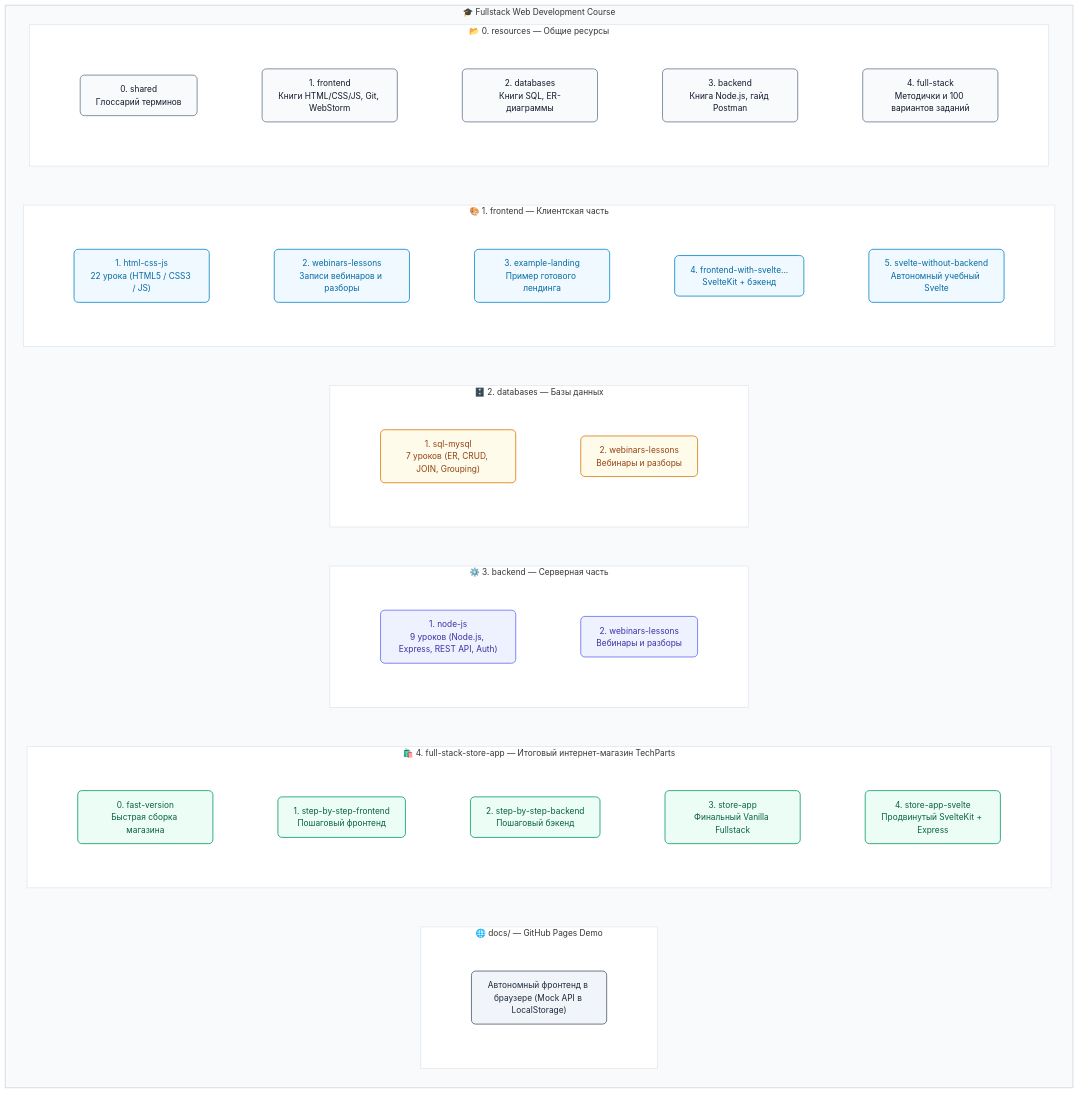
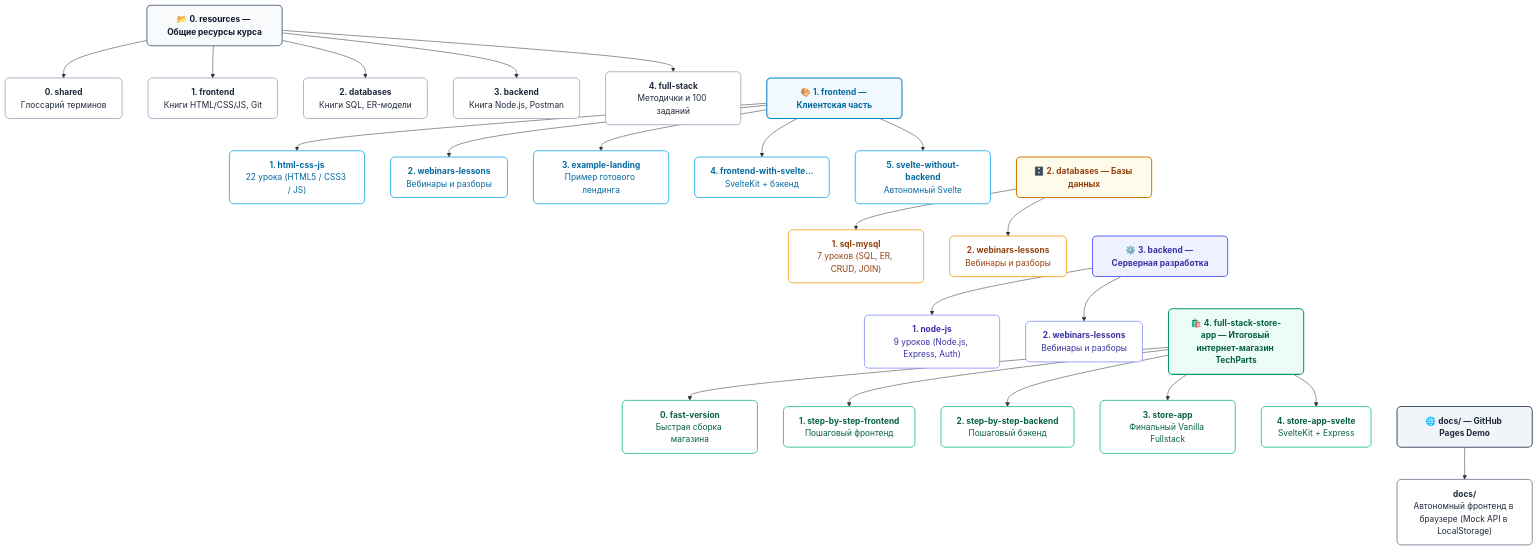
The first of 2 diagrams in README.ru.md (mrsky1001/fullstack-web-development-course), drawn with Mermaid before and after one commit. The commit also changed 1 other file, not shown here.

Commit message:
refactor: simplify Mermaid flowchart structure in README files for improved readability

````diff
--- a/README.ru.md
+++ b/README.ru.md
@@ -137,130 +137,112 @@
 ```mermaid
 flowchart TD
-    subgraph ROOT["🎓 Fullstack Web Development Course"]
-        direction TB
+    %% 0. resources
+    H0["📂 <b>0. resources — Общие ресурсы курса</b>"]
+    R0["<span style='display:inline-block;text-decoration:none;'><b>0. shared</b><br/>Глоссарий терминов</span>"]
+    R1["<span style='display:inline-block;text-decoration:none;'><b>1. frontend</b><br/>Книги HTML/CSS/JS, Git</span>"]
+    R2["<span style='display:inline-block;text-decoration:none;'><b>2. databases</b><br/>Книги SQL, ER-модели</span>"]
+    R3["<span style='display:inline-block;text-decoration:none;'><b>3. backend</b><br/>Книга Node.js, Postman</span>"]
+    R4["<span style='display:inline-block;text-decoration:none;'><b>4. full-stack</b><br/>Методички и 100 заданий</span>"]
+    H0 --> R0 & R1 & R2
+    H0 --> R3 & R4
 
-        subgraph RES["📂 0. resources — Общие ресурсы"]
-            direction TB
-            subgraph RES_ROW[" "]
-                direction LR
-                R0["<span style='display:inline-block; text-decoration:none;'>0. shared<br/>Глоссарий терминов</span>"]
-                R1["<span style='display:inline-block; text-decoration:none;'>1. frontend<br/>Книги HTML/CSS/JS, Git, WebStorm</span>"]
-                R2["<span style='display:inline-block; text-decoration:none;'>2. databases<br/>Книги SQL, ER-диаграммы</span>"]
-                R3["<span style='display:inline-block; text-decoration:none;'>3. backend<br/>Книга Node.js, гайд Postman</span>"]
-                R4["<span style='display:inline-block; text-decoration:none;'>4. full-stack<br/>Методички и 100 вариантов заданий</span>"]
-                R0 ~~~ R1 ~~~ R2 ~~~ R3 ~~~ R4
-            end
-        end
+    %% 1. frontend
+    H1["🎨 <b>1. frontend — Клиентская часть</b>"]
+    F1["<span style='display:inline-block;text-decoration:none;'><b>1. html-css-js</b><br/>22 урока (HTML5 / CSS3 / JS)</span>"]
+    F2["<span style='display:inline-block;text-decoration:none;'><b>2. webinars-lessons</b><br/>Вебинары и разборы</span>"]
+    F3["<span style='display:inline-block;text-decoration:none;'><b>3. example-landing</b><br/>Пример готового лендинга</span>"]
+    F4["<span style='display:inline-block;text-decoration:none;'><b>4. frontend-with-svelte...</b><br/>SvelteKit + бэкенд</span>"]
+    F5["<span style='display:inline-block;text-decoration:none;'><b>5. svelte-without-backend</b><br/>Автономный Svelte</span>"]
+    H1 --> F1 & F2 & F3
+    H1 --> F4 & F5
 
-        subgraph MOD1["🎨 1. frontend — Клиентская часть"]
-            direction TB
-            subgraph MOD1_ROW[" "]
-                direction LR
-                F1["<span style='display:inline-block; text-decoration:none;'>1. html-css-js<br/>22 урока (HTML5 / CSS3 / JS)</span>"]
-                F2["<span style='display:inline-block; text-decoration:none;'>2. webinars-lessons<br/>Записи вебинаров и разборы</span>"]
-                F3["<span style='display:inline-block; text-decoration:none;'>3. example-landing<br/>Пример готового лендинга</span>"]
-                F4["<span style='display:inline-block; text-decoration:none;'>4. frontend-with-svelte...<br/>SvelteKit + бэкенд</span>"]
-                F5["<span style='display:inline-block; text-decoration:none;'>5. svelte-without-backend<br/>Автономный учебный Svelte</span>"]
-                F1 ~~~ F2 ~~~ F3 ~~~ F4 ~~~ F5
-            end
-        end
+    %% 2. databases
+    H2["🗄️ <b>2. databases — Базы данных</b>"]
+    D1["<span style='display:inline-block;text-decoration:none;'><b>1. sql-mysql</b><br/>7 уроков (SQL, ER, CRUD, JOIN)</span>"]
+    D2["<span style='display:inline-block;text-decoration:none;'><b>2. webinars-lessons</b><br/>Вебинары и разборы</span>"]
+    H2 --> D1 & D2
 
-        subgraph MOD2["🗄️ 2. databases — Базы данных"]
-            direction TB
-            subgraph MOD2_ROW[" "]
-                direction LR
-                D1["<span style='display:inline-block; text-decoration:none;'>1. sql-mysql<br/>7 уроков (ER, CRUD, JOIN, Grouping)</span>"]
-                D2["<span style='display:inline-block; text-decoration:none;'>2. webinars-lessons<br/>Вебинары и разборы</span>"]
-                D1 ~~~ D2
-            end
-        end
+    %% 3. backend
+    H3["⚙️ <b>3. backend — Серверная разработка</b>"]
+    B1["<span style='display:inline-block;text-decoration:none;'><b>1. node-js</b><br/>9 уроков (Node.js, Express, Auth)</span>"]
+    B2["<span style='display:inline-block;text-decoration:none;'><b>2. webinars-lessons</b><br/>Вебинары и разборы</span>"]
+    H3 --> B1 & B2
 
-        subgraph MOD3["⚙️ 3. backend — Серверная часть"]
-            direction TB
-            subgraph MOD3_ROW[" "]
-                direction LR
-                B1["<span style='display:inline-block; text-decoration:none;'>1. node-js<br/>9 уроков (Node.js, Express, REST API, Auth)</span>"]
-                B2["<span style='display:inline-block; text-decoration:none;'>2. webinars-lessons<br/>Вебинары и разборы</span>"]
-                B1 ~~~ B2
-            end
-        end
+    %% 4. full-stack-store-app
+    H4["🛍️ <b>4. full-stack-store-app — Итоговый интернет-магазин TechParts</b>"]
+    S0["<span style='display:inline-block;text-decoration:none;'><b>0. fast-version</b><br/>Быстрая сборка магазина</span>"]
+    S1["<span style='display:inline-block;text-decoration:none;'><b>1. step-by-step-frontend</b><br/>Пошаговый фронтенд</span>"]
+    S2["<span style='display:inline-block;text-decoration:none;'><b>2. step-by-step-backend</b><br/>Пошаговый бэкенд</span>"]
+    S3["<span style='display:inline-block;text-decoration:none;'><b>3. store-app</b><br/>Финальный Vanilla Fullstack</span>"]
+    S4["<span style='display:inline-block;text-decoration:none;'><b>4. store-app-svelte</b><br/>SvelteKit + Express</span>"]
+    H4 --> S0 & S1 & S2
+    H4 --> S3 & S4
 
-        subgraph MOD4["🛍️ 4. full-stack-store-app — Итоговый интернет-магазин TechParts"]
-            direction TB
-            subgraph MOD4_ROW[" "]
-                direction LR
-                S0["<span style='display:inline-block; text-decoration:none;'>0. fast-version<br/>Быстрая сборка магазина</span>"]
-                S1["<span style='display:inline-block; text-decoration:none;'>1. step-by-step-frontend<br/>Пошаговый фронтенд</span>"]
-                S2["<span style='display:inline-block; text-decoration:none;'>2. step-by-step-backend<br/>Пошаговый бэкенд</span>"]
-                S3["<span style='display:inline-block; text-decoration:none;'>3. store-app<br/>Финальный Vanilla Fullstack</span>"]
-                S4["<span style='display:inline-block; text-decoration:none;'>4. store-app-svelte<br/>Продвинутый SvelteKit + Express</span>"]
-                S0 ~~~ S1 ~~~ S2 ~~~ S3 ~~~ S4
-            end
-        end
+    %% docs
+    H5["🌐 <b>docs/ — GitHub Pages Demo</b>"]
+    DOC["<span style='display:inline-block;text-decoration:none;'><b>docs/</b><br/>Автономный фронтенд в браузере (Mock API в LocalStorage)</span>"]
+    H5 --> DOC
 
-        subgraph DOCS["🌐 docs/ — GitHub Pages Demo"]
-            direction TB
-            subgraph DOCS_ROW[" "]
-                direction LR
-                DOC["<span style='display:inline-block; text-decoration:none;'>Автономный фронтенд в браузере (Mock API в LocalStorage)</span>"]
-            end
-        end
+    %% Flow between modules
+    H0 ~~~ H1 ~~~ H2 ~~~ H3 ~~~ H4 ~~~ H5
 
-        RES ~~~ MOD1 ~~~ MOD2 ~~~ MOD3 ~~~ MOD4 ~~~ DOCS
-    end
+    classDef header0 fill:#f8fafc,stroke:#64748b,stroke-width:2px,color:#0f172a,rx:8px,ry:8px;
+    classDef header1 fill:#f0f9ff,stroke:#0284c7,stroke-width:2px,color:#0369a1,rx:8px,ry:8px;
+    classDef header2 fill:#fffbeb,stroke:#d97706,stroke-width:2px,color:#92400e,rx:8px,ry:8px;
+    classDef header3 fill:#eef2ff,stroke:#6366f1,stroke-width:2px,color:#3730a3,rx:8px,ry:8px;
+    classDef header4 fill:#ecfdf5,stroke:#059669,stroke-width:2px,color:#065f46,rx:8px,ry:8px;
+    classDef header5 fill:#f1f5f9,stroke:#475569,stroke-width:2px,color:#1e293b,rx:8px,ry:8px;
 
-    classDef resStyle fill:#f8fafc,stroke:#64748b,stroke-width:1.5px,color:#0f172a,rx:8px,ry:8px,text-decoration:none;
-    classDef frontStyle fill:#f0f9ff,stroke:#0284c7,stroke-width:1.5px,color:#0369a1,rx:8px,ry:8px,text-decoration:none;
-    classDef dbStyle fill:#fffbeb,stroke:#d97706,stroke-width:1.5px,color:#92400e,rx:8px,ry:8px,text-decoration:none;
-    classDef backStyle fill:#eef2ff,stroke:#6366f1,stroke-width:1.5px,color:#3730a3,rx:8px,ry:8px,text-decoration:none;
-    classDef appStyle fill:#ecfdf5,stroke:#059669,stroke-width:1.5px,color:#065f46,rx:8px,ry:8px,text-decoration:none;
-    classDef docStyle fill:#f1f5f9,stroke:#475569,stroke-width:1.5px,color:#1e293b,rx:8px,ry:8px,text-decoration:none;
+    classDef card0 fill:#ffffff,stroke:#94a3b8,stroke-width:1.5px,color:#1e293b,rx:8px,ry:8px;
+    classDef card1 fill:#ffffff,stroke:#0ea5e9,stroke-width:1.5px,color:#0369a1,rx:8px,ry:8px;
+    classDef card2 fill:#ffffff,stroke:#f59e0b,stroke-width:1.5px,color:#92400e,rx:8px,ry:8px;
+    classDef card3 fill:#ffffff,stroke:#818cf8,stroke-width:1.5px,color:#3730a3,rx:8px,ry:8px;
+    classDef card4 fill:#ffffff,stroke:#10b981,stroke-width:1.5px,color:#065f46,rx:8px,ry:8px;
+    classDef card5 fill:#ffffff,stroke:#64748b,stroke-width:1.5px,color:#1e293b,rx:8px,ry:8px;
 
-    class R0,R1,R2,R3,R4 resStyle;
-    class F1,F2,F3,F4,F5 frontStyle;
-    class D1,D2 dbStyle;
-    class B1,B2 backStyle;
-    class S0,S1,S2,S3,S4 appStyle;
-    class DOC docStyle;
+    class H0 header0;
+    class H1 header1;
+    class H2 header2;
+    class H3 header3;
+    class H4 header4;
+    class H5 header5;
 
-    style ROOT fill:#f8fafc,stroke:#cbd5e1,stroke-width:1.5px
-    style RES fill:#ffffff,stroke:#e2e8f0,stroke-width:1.5px
-    style MOD1 fill:#ffffff,stroke:#e2e8f0,stroke-width:1.5px
-    style MOD2 fill:#ffffff,stroke:#e2e8f0,stroke-width:1.5px
-    style MOD3 fill:#ffffff,stroke:#e2e8f0,stroke-width:1.5px
-    style MOD4 fill:#ffffff,stroke:#e2e8f0,stroke-width:1.5px
-    style DOCS fill:#ffffff,stroke:#e2e8f0,stroke-width:1.5px
+    class R0,R1,R2,R3,R4 card0;
+    class F1,F2,F3,F4,F5 card1;
+    class D1,D2 card2;
+    class B1,B2 card3;
+    class S0,S1,S2,S3,S4 card4;
+    class DOC card5;
 
-    style RES_ROW fill:none,stroke:none
-    style MOD1_ROW fill:none,stroke:none
-    style MOD2_ROW fill:none,stroke:none
-    style MOD3_ROW fill:none,stroke:none
-    style MOD4_ROW fill:none,stroke:none
-    style DOCS_ROW fill:none,stroke:none
-
+    click H0 "./0.%20resources/" "Открыть 0. resources"
     click R0 "./0.%20resources/0.%20shared/" "Открыть 0. shared"
     click R1 "./0.%20resources/1.%20frontend/" "Открыть 1. frontend"
     click R2 "./0.%20resources/2.%20databases/" "Открыть 2. databases"
     click R3 "./0.%20resources/3.%20backend/" "Открыть 3. backend"
     click R4 "./0.%20resources/4.%20full-stack/" "Открыть 4. full-stack"
 
+    click H1 "./1.%20frontend/" "Открыть 1. frontend"
     click F1 "./1.%20frontend/1.%20html-css-js/" "Открыть 1. html-css-js"
     click F2 "./1.%20frontend/2.%20webinars-lessons/" "Открыть 2. webinars-lessons"
     click F3 "./1.%20frontend/3.%20example-landing/" "Открыть 3. example-landing"
     click F4 "./1.%20frontend/4.%20frontend-with-svelte-and-backend/" "Открыть 4. frontend-with-svelte-and-backend"
     click F5 "./1.%20frontend/5.%20svelte-without-backend/" "Открыть 5. svelte-without-backend"
 
+    click H2 "./2.%20databases/" "Открыть 2. databases"
     click D1 "./2.%20databases/1.%20sql-mysql/" "Открыть 1. sql-mysql"
     click D2 "./2.%20databases/2.%20webinars-lessons/" "Открыть 2. webinars-lessons"
 
+    click H3 "./3.%20backend/" "Открыть 3. backend"
     click B1 "./3.%20backend/1.%20node-js/" "Открыть 1. node-js"
     click B2 "./3.%20backend/2.%20webinars-lessons/" "Открыть 2. webinars-lessons"
 
+    click H4 "./4.%20full-stack-store-app/" "Открыть 4. full-stack-store-app"
     click S0 "./4.%20full-stack-store-app/0.%20fast-version/" "Открыть 0. fast-version"
     click S1 "./4.%20full-stack-store-app/1.%20step-by-step-frontend/" "Открыть 1. step-by-step-frontend"
     click S2 "./4.%20full-stack-store-app/2.%20step-by-step-backend/" "Открыть 2. step-by-step-backend"
     click S3 "./4.%20full-stack-store-app/3.%20store-app/" "Открыть 3. store-app"
     click S4 "./4.%20full-stack-store-app/4.%20store-app-svelte/" "Открыть 4. store-app-svelte"
 
+    click H5 "./docs/" "Открыть docs"
     click DOC "./docs/" "Открыть демо docs"
 ```
````
